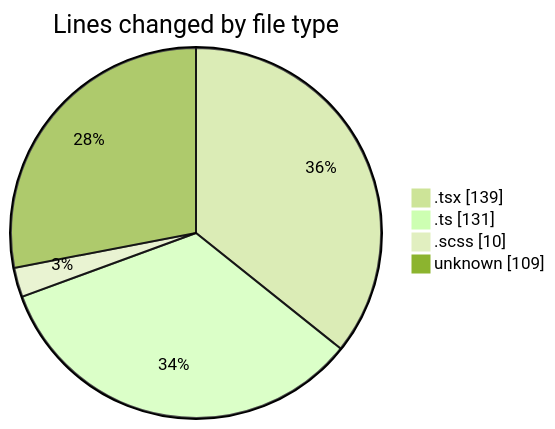
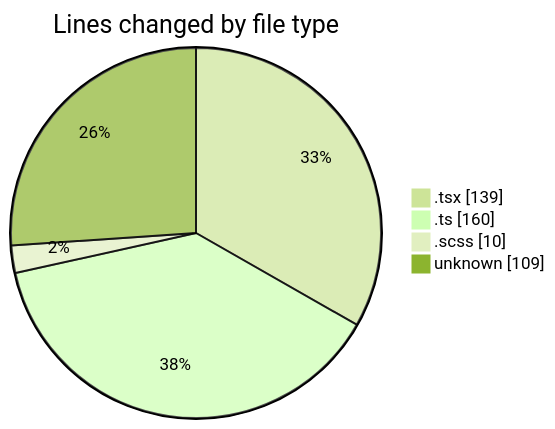
Before and after one commit to momahboobian/code-tracking: the first of 2 diagrams in 2026-04-15/cda/README.md, drawn with Mermaid (forest theme). The commit also changed other lines of this file and 1 other file, not shown here.

````diff
--- a/2026-04-15/cda/README.md
+++ b/2026-04-15/cda/README.md
@@ -29,8 +29,8 @@
 ```mermaid
 pie showData
 title Lines changed by file type
 ".tsx" : 139
-".ts" : 131
+".ts" : 160
 ".scss" : 10
 "unknown" : 109
 ```
````
